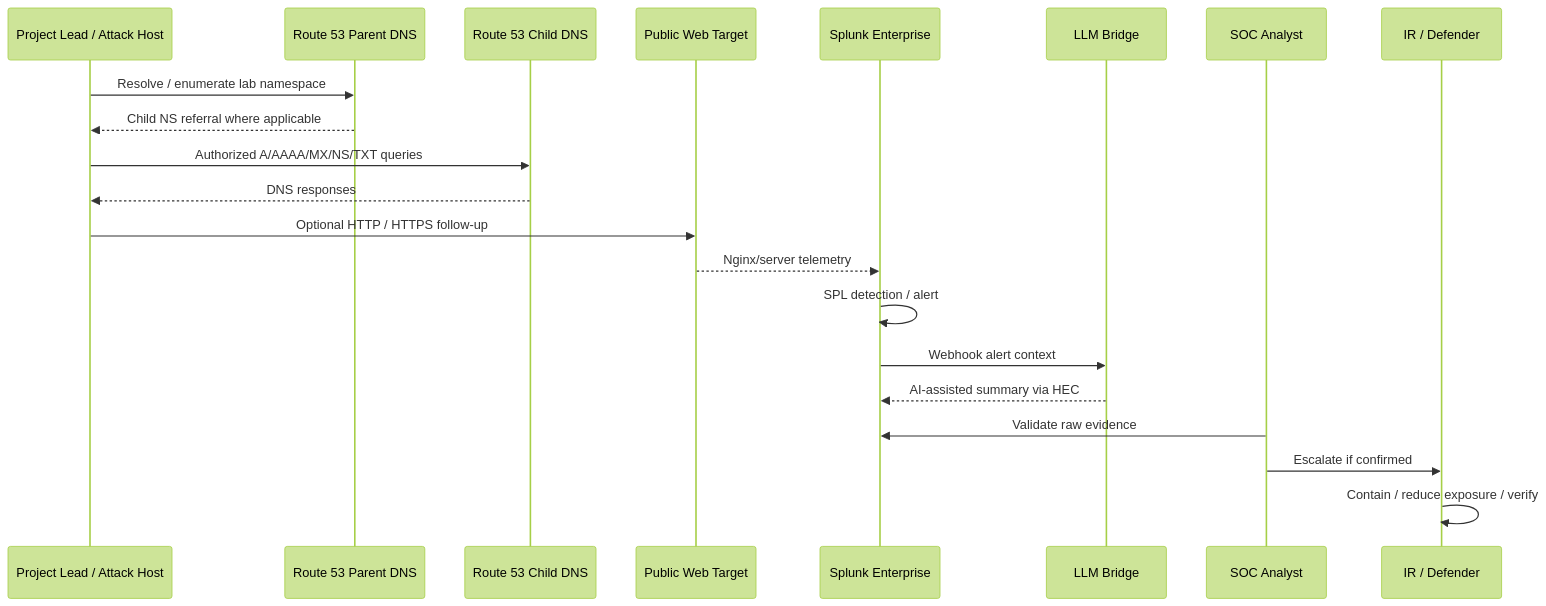
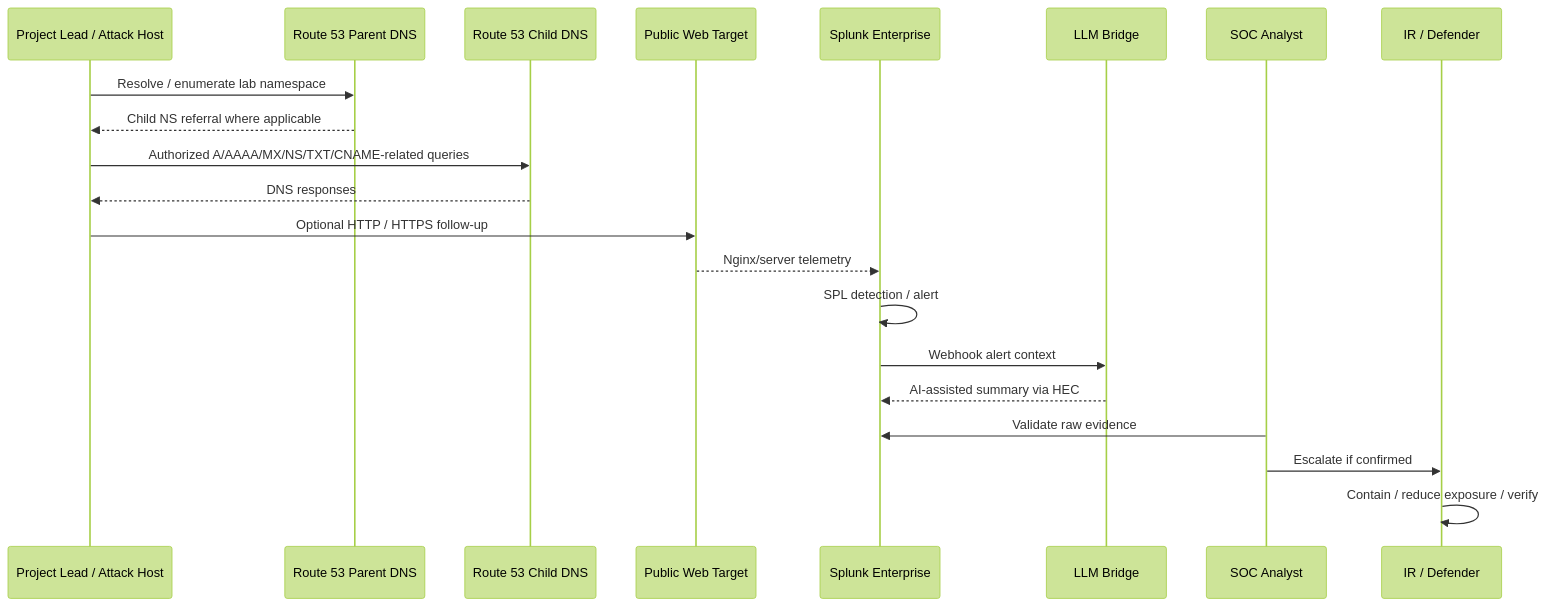
One commit to DNS-SOC-Lab/DNS-Lab-Infrastructure changed the diagram in 01-network-architecture/diagrams/scenario-01-traffic-flow.mmd. Above: the diagram before and after it, drawn with Mermaid (forest theme). The commit also changed 3 other files, not shown here.

Commit message:
docs(diagrams): draw the final DNS paths

```diff
--- a/01-network-architecture/diagrams/scenario-01-traffic-flow.mmd
+++ b/01-network-architecture/diagrams/scenario-01-traffic-flow.mmd
@@ -1,22 +1,22 @@
 sequenceDiagram
     participant A as Project Lead / Attack Host
     participant P as Route 53 Parent DNS
     participant C as Route 53 Child DNS
     participant W as Public Web Target
     participant S as Splunk Enterprise
     participant L as LLM Bridge
     participant SOC as SOC Analyst
     participant IR as IR / Defender
 
     A->>P: Resolve / enumerate lab namespace
     P-->>A: Child NS referral where applicable
-    A->>C: Authorized A/AAAA/MX/NS/TXT queries
+    A->>C: Authorized A/AAAA/MX/NS/TXT/CNAME-related queries
     C-->>A: DNS responses
     A->>W: Optional HTTP / HTTPS follow-up
     W-->>S: Nginx/server telemetry
     S->>S: SPL detection / alert
     S->>L: Webhook alert context
     L-->>S: AI-assisted summary via HEC
     SOC->>S: Validate raw evidence
     SOC->>IR: Escalate if confirmed
     IR->>IR: Contain / reduce exposure / verify
```
